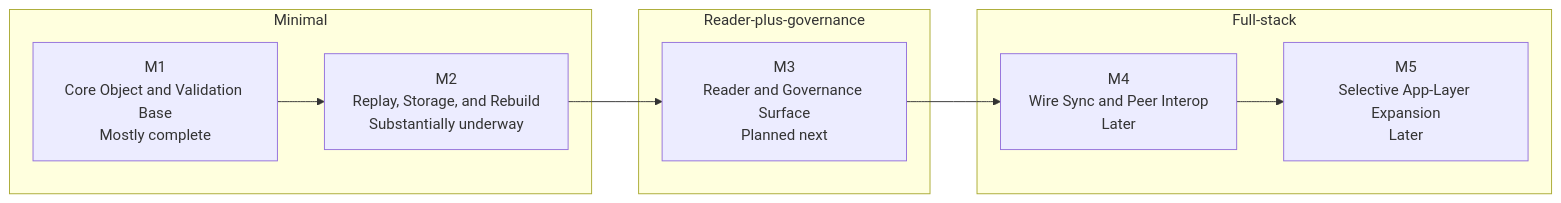
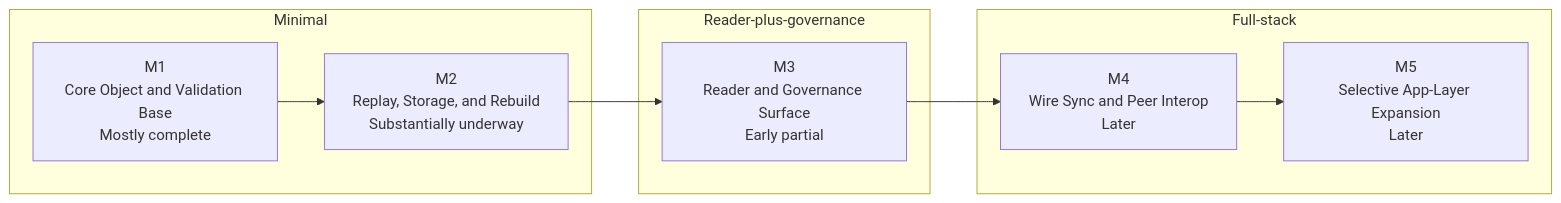
The diagram in docs/PROGRESS.md (MycelLayer/Mycel), drawn with Mermaid before and after one commit. The commit also changed other lines of this file and 11 other files, not shown here.

````diff
--- a/docs/PROGRESS.md
+++ b/docs/PROGRESS.md
@@ -17,18 +17,18 @@
 ```mermaid
 flowchart LR
   subgraph Minimal
     M1["M1<br/>Core Object and Validation Base<br/>Mostly complete"]
     M2["M2<br/>Replay, Storage, and Rebuild<br/>Substantially underway"]
   end
 
   subgraph ReaderPlusGovernance["Reader-plus-governance"]
-    M3["M3<br/>Reader and Governance Surface<br/>Planned next"]
+    M3["M3<br/>Reader and Governance Surface<br/>Early partial"]
   end
 
   subgraph FullStack["Full-stack"]
     M4["M4<br/>Wire Sync and Peer Interop<br/>Later"]
     M5["M5<br/>Selective App-Layer Expansion<br/>Later"]
   end
 
   M1 --> M2 --> M3 --> M4 --> M5
 ```
````
